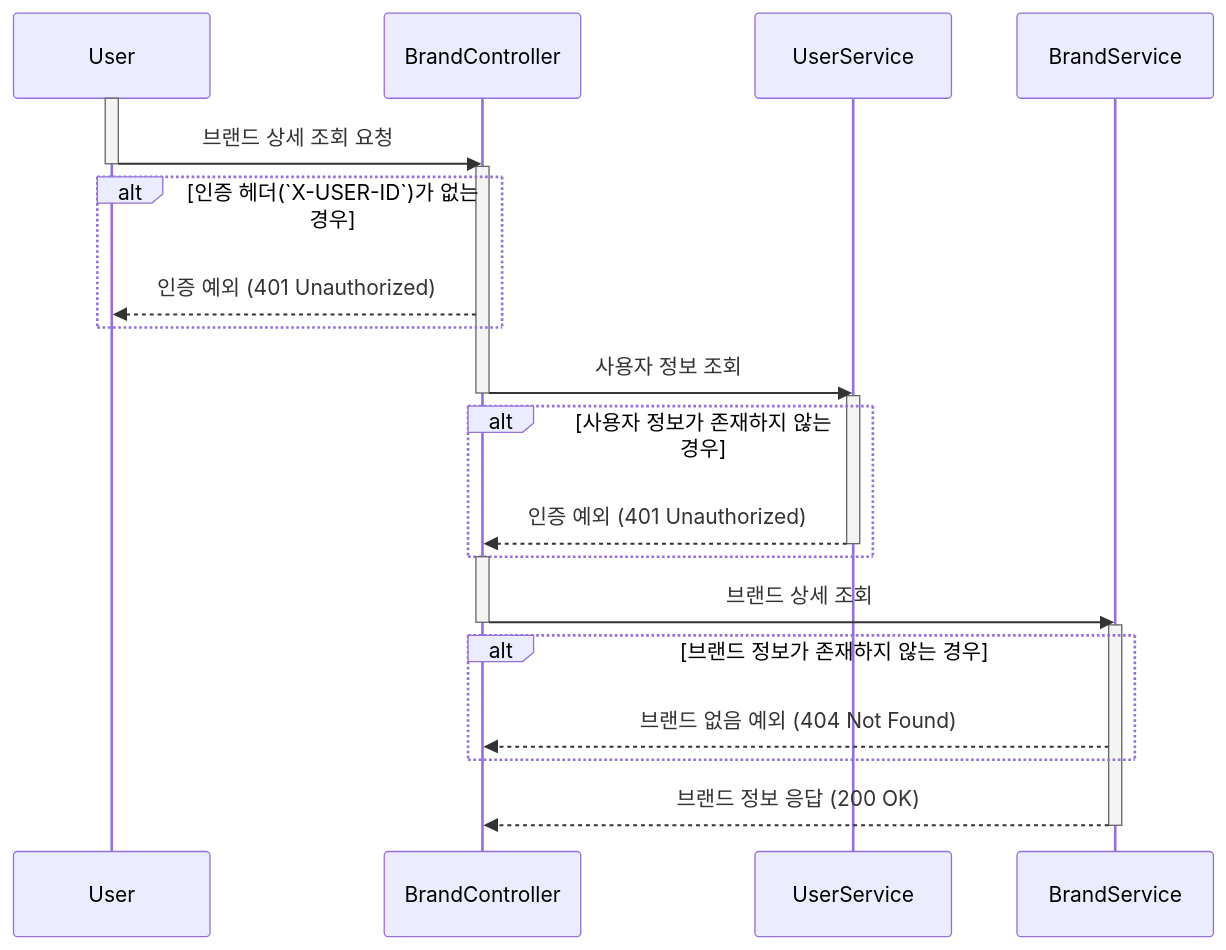
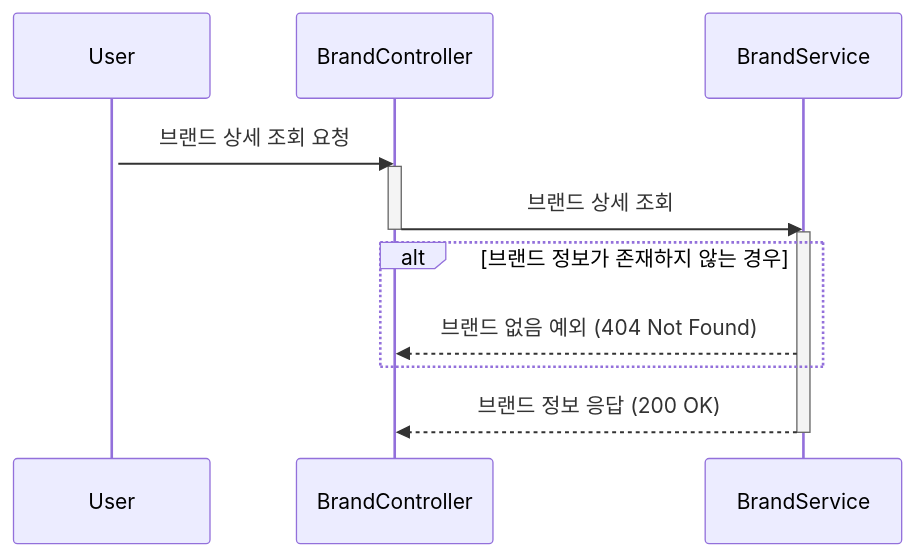
Before and after one commit to kiekk/gamsung-commerce: the second of 3 diagrams in docs/design/02-sequence-diagrams/brand.md, drawn with Mermaid. The commit also changed other lines of this file and 3 other files, not shown here.

````diff
--- a/docs/design/02-sequence-diagrams/brand.md
+++ b/docs/design/02-sequence-diagrams/brand.md
@@ -38,31 +26,18 @@
 ```mermaid
 sequenceDiagram
     participant User
     participant BrandController
-    participant UserService
     participant BrandService
     activate User
     User ->> BrandController: 브랜드 상세 조회 요청
-    deactivate User
-    activate BrandController
-    alt 인증 헤더(`X-USER-ID`)가 없는 경우
-        BrandController -->> User: 인증 예외 (401 Unauthorized)
-    end
-    BrandController ->> UserService: 사용자 정보 조회
-    deactivate BrandController
-    activate UserService
-    alt 사용자 정보가 존재하지 않는 경우
-        UserService -->> BrandController: 인증 예외 (401 Unauthorized)
-        deactivate UserService
-    end
     activate BrandController
     BrandController ->> BrandService: 브랜드 상세 조회
     deactivate BrandController
     activate BrandService
     alt 브랜드 정보가 존재하지 않는 경우
         BrandService -->> BrandController: 브랜드 없음 예외 (404 Not Found)
     end
     BrandService -->> BrandController: 브랜드 정보 응답 (200 OK)
     deactivate BrandService
 
 ```
````
